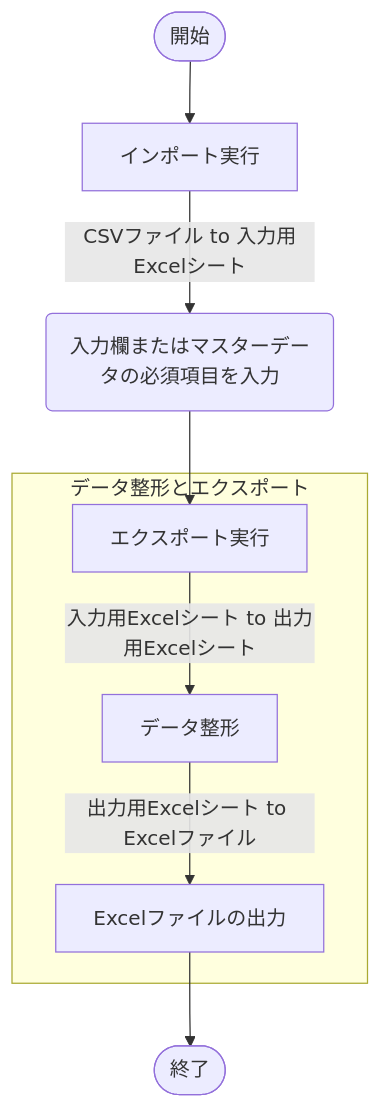
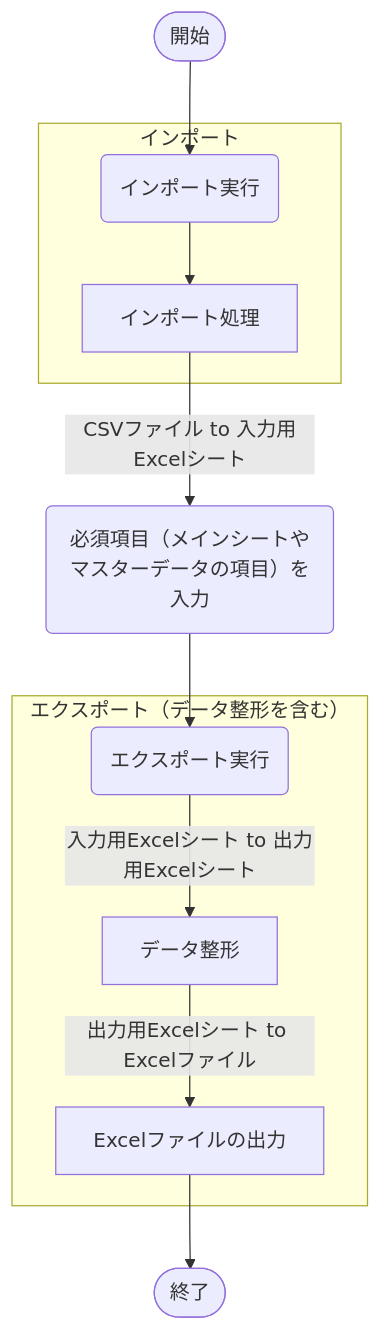
The diagram in articles/cb016a39a1562e.md (akiGAMEBOY/haretokidoki_zn), drawn with Mermaid before and after one commit. The commit also changed other lines of this file, not shown here.

````diff
--- a/articles/cb016a39a1562e.md
+++ b/articles/cb016a39a1562e.md
@@ -44,11 +42,14 @@
 ```mermaid
 flowchart TB
-    A([開始]) --> B[インポート実行]
-    B -->|CSVファイル to 入力用Excelシート| C(入力欄またはマスターデータの必須項目を入力)
-    C --> D[エクスポート実行]
-    subgraph データ整形とエクスポート
-    D --> |入力用Excelシート to 出力用Excelシート| E[データ整形]
-    E --> |出力用Excelシート to Excelファイル| F[Excelファイルの出力]
+    A(["開始"]) --> B("インポート実行")
+    subgraph "インポート"
+    B --> C["インポート処理"]
     end
-    F --> G([終了])
+    C -->|"CSVファイル to 入力用Excelシート"| D("必須項目（メインシートやマスターデータの項目）を入力")
+    D --> E("エクスポート実行")
+    subgraph "エクスポート（データ整形を含む）"
+    E --> |"入力用Excelシート to 出力用Excelシート"| F["データ整形"]
+    F --> |"出力用Excelシート to Excelファイル"| G["Excelファイルの出力"]
+    end
+    G --> H(["終了"])
 ```
````
